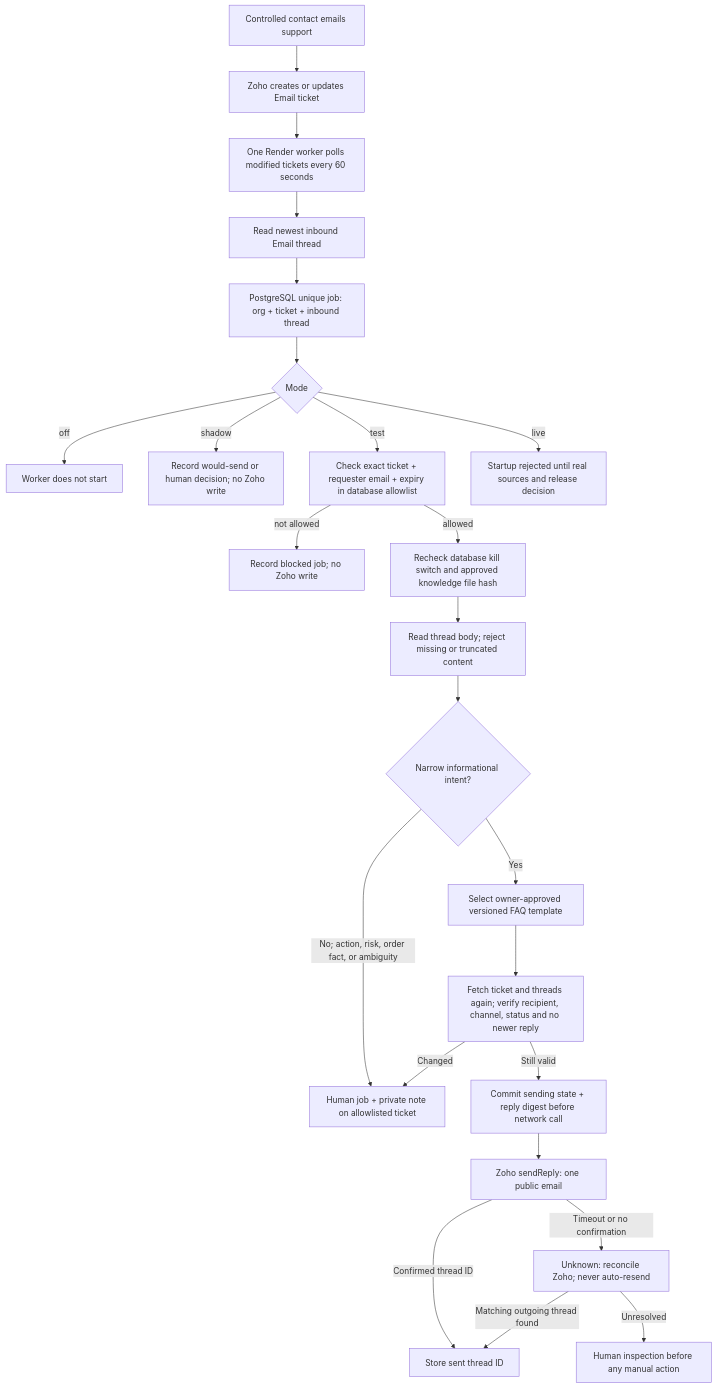
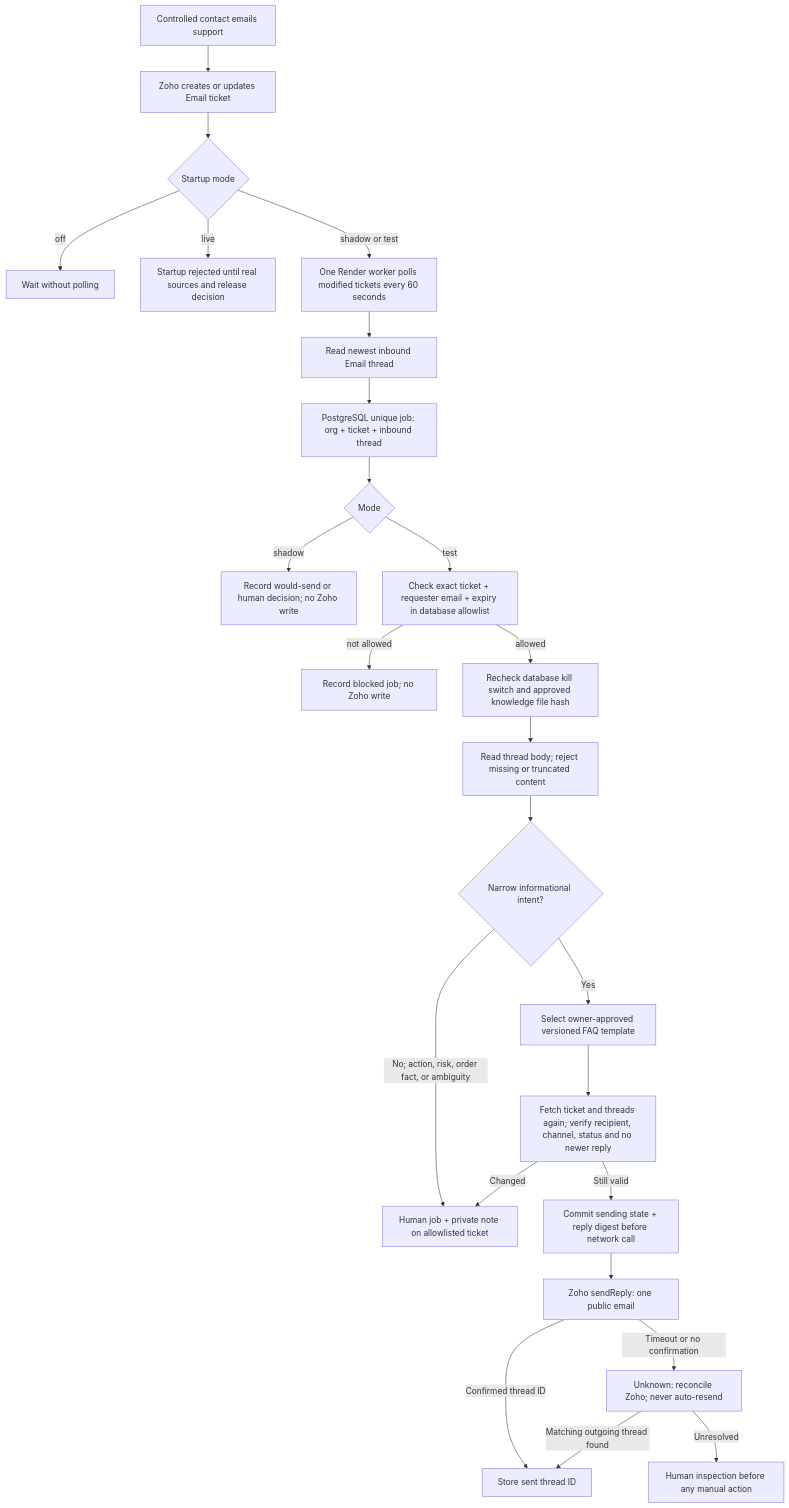
One commit to brajeshkumar7/Customer-support-ticket-triage-and-draft-response-agent changed the third of 3 diagrams in flow.md. Above: the diagram before and after it, drawn with Mermaid. The commit also changed other lines of this file and 16 other files, not shown here.

````diff
--- a/flow.md
+++ b/flow.md
@@ -233,26 +238,27 @@
 ```mermaid
 flowchart TD
     A[Controlled contact emails support] --> B[Zoho creates or updates Email ticket]
-    B --> C[One Render worker polls modified tickets every 60 seconds]
+    START{Startup mode} -->|off| Z[Wait without polling]
+    START -->|live| L[Startup rejected until real sources and release decision]
+    START -->|shadow or test| C[One Render worker polls modified tickets every 60 seconds]
+    B --> START
     C --> D[Read newest inbound Email thread]
     D --> E[PostgreSQL unique job: org + ticket + inbound thread]
     E --> F{Mode}
-    F -->|off| Z[Worker does not start]
     F -->|shadow| G[Record would-send or human decision; no Zoho write]
     F -->|test| H[Check exact ticket + requester email + expiry in database allowlist]
-    F -->|live| L[Startup rejected until real sources and release decision]
     H -->|not allowed| M[Record blocked job; no Zoho write]
     H -->|allowed| I[Recheck database kill switch and approved knowledge file hash]
     I --> J[Read thread body; reject missing or truncated content]
     J --> K{Narrow informational intent?}
     K -->|No; action, risk, order fact, or ambiguity| N[Human job + private note on allowlisted ticket]
     K -->|Yes| O[Select owner-approved versioned FAQ template]
     O --> P[Fetch ticket and threads again; verify recipient, channel, status and no newer reply]
     P -->|Changed| N
     P -->|Still valid| Q[Commit sending state + reply digest before network call]
     Q --> R[Zoho sendReply: one public email]
     R -->|Confirmed thread ID| S[Store sent thread ID]
     R -->|Timeout or no confirmation| U[Unknown: reconcile Zoho; never auto-resend]
     U -->|Matching outgoing thread found| S
     U -->|Unresolved| V[Human inspection before any manual action]
 ```
````
